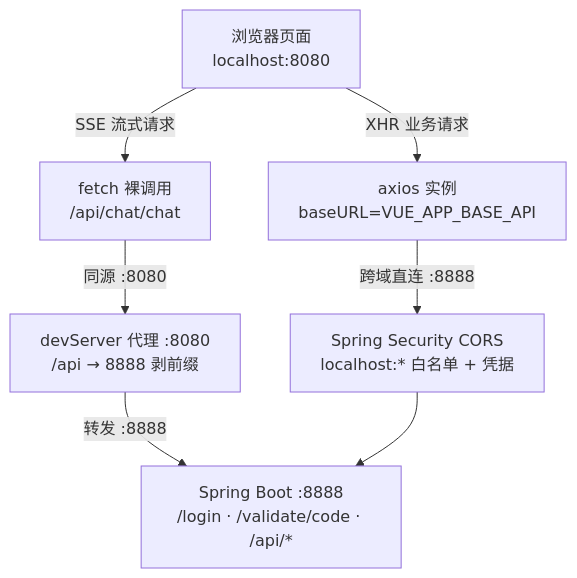
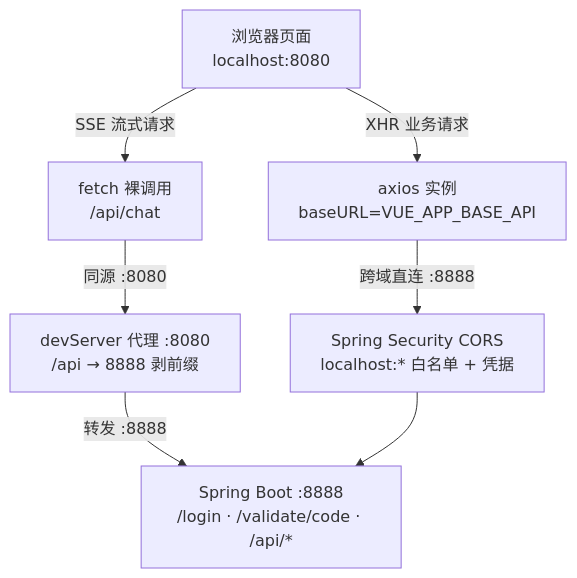
One commit to quuuuj/hrm changed the diagram in docs/note/04-前端骨架与开发代理调通.md. Above: the diagram before and after it, drawn with Mermaid. The commit also changed other lines of this file and 5 other files, not shown here.

````diff
--- a/docs/note/04-前端骨架与开发代理调通.md
+++ b/docs/note/04-前端骨架与开发代理调通.md
@@ -62,16 +62,16 @@
 ```mermaid
 flowchart TD
     Page["浏览器页面<br/>localhost:8080"]
     Axios["axios 实例<br/>baseURL=VUE_APP_BASE_API"]
-    Fetch["fetch 裸调用<br/>/api/chat/chat"]
+    Fetch["fetch 裸调用<br/>/api/chat"]
     Dev["devServer 代理 :8080<br/>/api → 8888 剥前缀"]
     CORS["Spring Security CORS<br/>localhost:* 白名单 + 凭据"]
     Back["Spring Boot :8888<br/>/login · /validate/code · /api/*"]
 
     Page -->|XHR 业务请求| Axios
     Axios -->|跨域直连 :8888| CORS
     Page -->|SSE 流式请求| Fetch
     Fetch -->|同源 :8080| Dev
     Dev -->|转发 :8888| Back
     CORS --> Back
 ```
````
